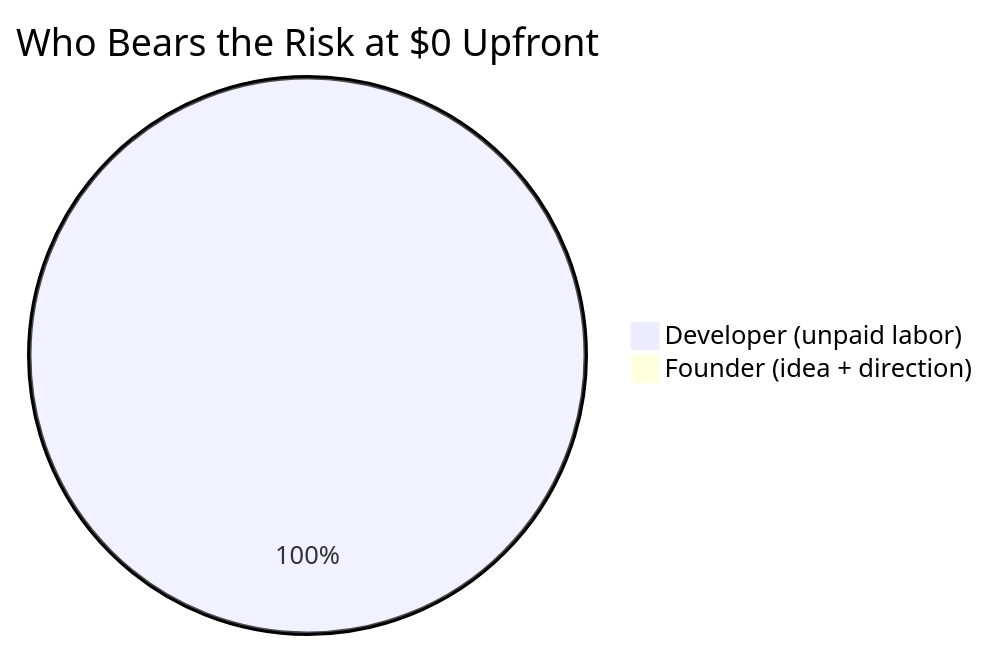
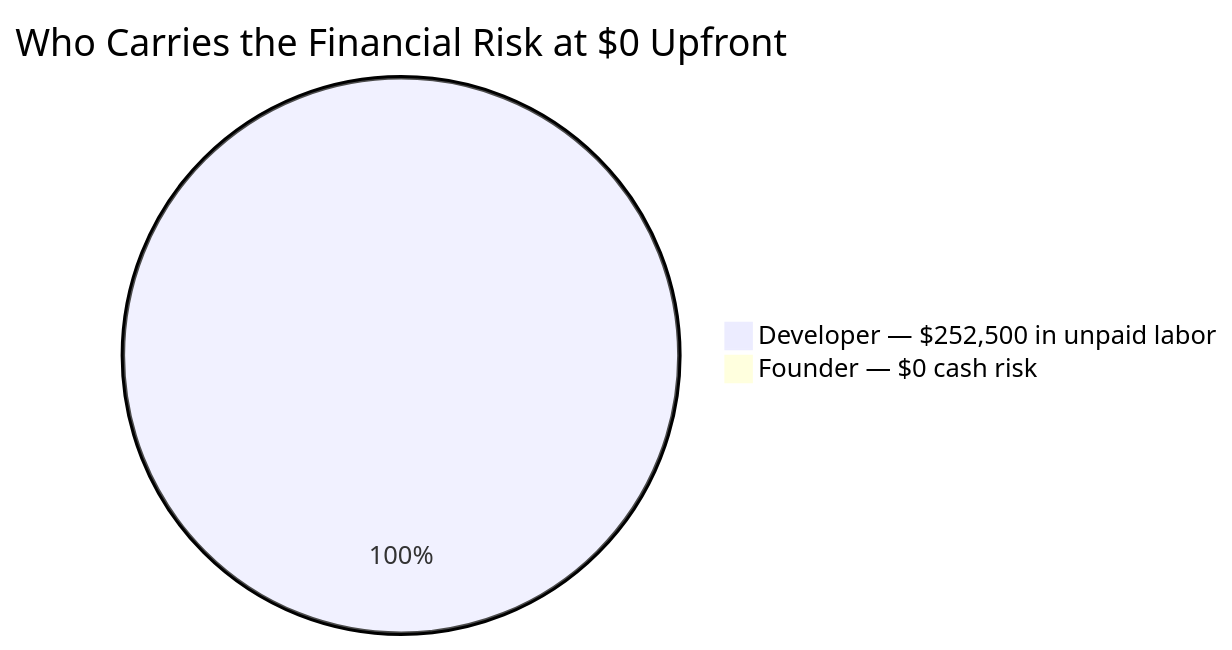
Before and after one commit to huttonbenj/The-Prowler: the second of 4 diagrams in THE_DEAL.md, drawn with Mermaid. The commit also changed other lines of this file and 1 other file, not shown here.

````diff
--- a/THE_DEAL.md
+++ b/THE_DEAL.md
@@ -376,5 +101,5 @@
 ```mermaid
-pie title Who Bears the Risk at $0 Upfront
-    "Developer (unpaid labor)" : 100
-    "Founder (idea + direction)" : 0
+pie title Who Carries the Financial Risk at $0 Upfront
+    "Developer — $252,500 in unpaid labor" : 100
+    "Founder — $0 cash risk" : 0
 ```
````
